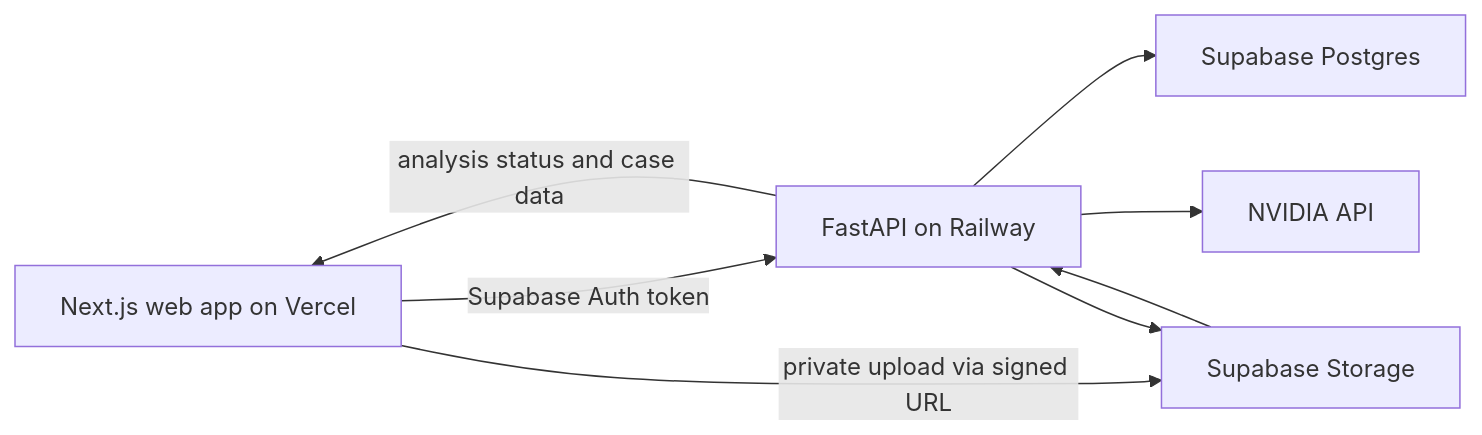
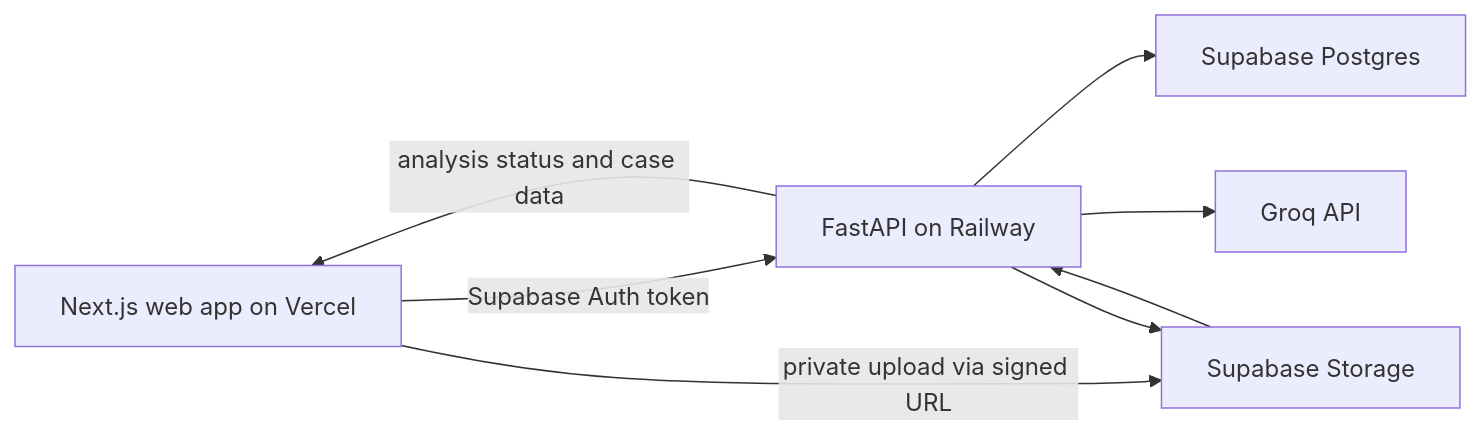
The diagram in docs/architecture.md (aayushkumarrai/CasePilot-AI), drawn with Mermaid before and after one commit. The commit also changed other lines of this file and 33 other files, not shown here.

````diff
--- a/docs/architecture.md
+++ b/docs/architecture.md
@@ -5,10 +5,10 @@
 ```mermaid
 flowchart LR
   W[Next.js web app on Vercel] -->|Supabase Auth token| A[FastAPI on Railway]
   W -->|private upload via signed URL| S[Supabase Storage]
   A --> P[Supabase Postgres]
   A --> S
-  A --> N[NVIDIA API]
+  A --> N[Groq API]
   S --> A
   A -->|analysis status and case data| W
 ```
````
